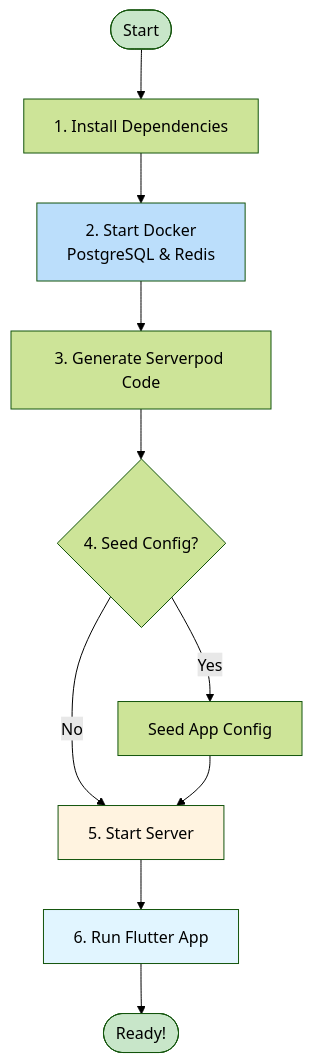
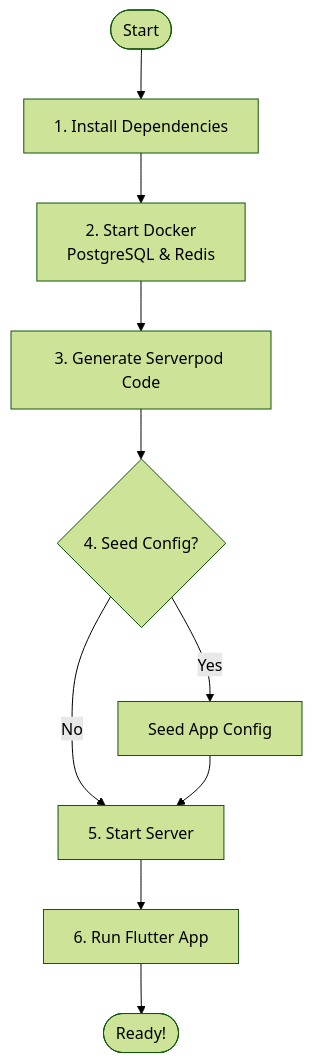
One commit to gurkanfikretgunak/masterfabric_serverpod changed the third of 9 diagrams in README.md. Above: the diagram before and after it, drawn with Mermaid (forest theme). The commit also changed other lines of this file, not shown here.

Commit message:
refactor(README): remove style definitions from diagrams for cleaner presentation

````diff
--- a/README.md
+++ b/README.md
@@ -105,18 +96,12 @@
 ```mermaid
 flowchart TD
     Start([Start]) --> Install[1. Install Dependencies]
     Install --> Docker[2. Start Docker<br/>PostgreSQL & Redis]
     Docker --> Generate[3. Generate Serverpod Code]
     Generate --> Seed{4. Seed Config?}
     Seed -->|Yes| SeedData[Seed App Config]
     Seed -->|No| StartServer
     SeedData --> StartServer[5. Start Server]
     StartServer --> RunFlutter[6. Run Flutter App]
     RunFlutter --> Done([Ready!])
-    
-    style Start fill:#c8e6c9
-    style Done fill:#c8e6c9
-    style Docker fill:#bbdefb
-    style StartServer fill:#fff3e0
-    style RunFlutter fill:#e1f5ff
 ```
````
